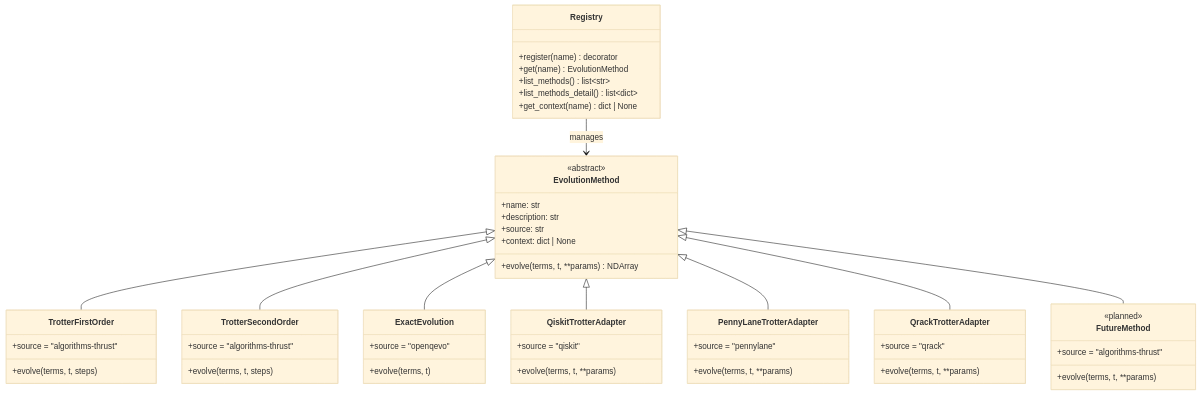
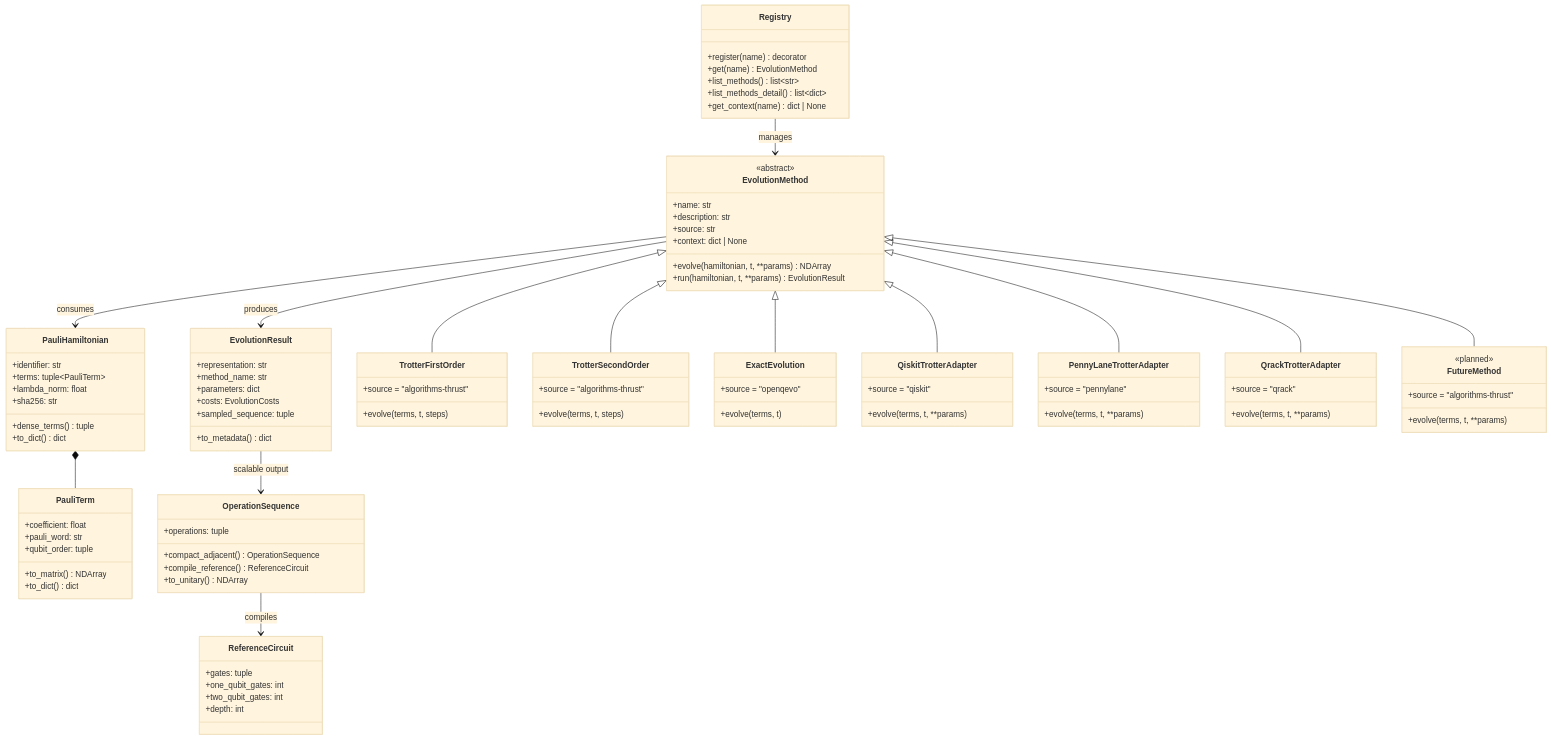
One commit to QSCSoftwareEcosystem/OpenQEvo changed the second of 2 diagrams in docs/architecture.md. Above: the diagram before and after it, drawn with Mermaid (base theme). The commit also changed other lines of this file and 76 other files, not shown here.

````diff
--- a/docs/architecture.md
+++ b/docs/architecture.md
@@ -87,8 +93,49 @@
         +name: str
         +description: str
         +source: str
-        +evolve(terms, t, **params) NDArray
+        +evolve(hamiltonian, t, **params) NDArray
+        +run(hamiltonian, t, **params) EvolutionResult
         +context: dict | None
+    }
+
+    class PauliTerm {
+        +coefficient: float
+        +pauli_word: str
+        +qubit_order: tuple
+        +to_matrix() NDArray
+        +to_dict() dict
+    }
+
+    class PauliHamiltonian {
+        +identifier: str
+        +terms: tuple~PauliTerm~
+        +lambda_norm: float
+        +sha256: str
+        +dense_terms() tuple
+        +to_dict() dict
+    }
+
+    class EvolutionResult {
+        +representation: str
+        +method_name: str
+        +parameters: dict
+        +costs: EvolutionCosts
+        +sampled_sequence: tuple
+        +to_metadata() dict
+    }
+
+    class OperationSequence {
+        +operations: tuple
+        +compact_adjacent() OperationSequence
+        +compile_reference() ReferenceCircuit
+        +to_unitary() NDArray
+    }
+
+    class ReferenceCircuit {
+        +gates: tuple
+        +one_qubit_gates: int
+        +two_qubit_gates: int
+        +depth: int
     }
 
     class Registry {
@@ -142,5 +189,10 @@
     EvolutionMethod <|-- PennyLaneTrotterAdapter
     EvolutionMethod <|-- QrackTrotterAdapter
     EvolutionMethod <|-- FutureMethod
+    PauliHamiltonian *-- PauliTerm
+    EvolutionMethod --> PauliHamiltonian : consumes
+    EvolutionMethod --> EvolutionResult : produces
+    EvolutionResult --> OperationSequence : scalable output
+    OperationSequence --> ReferenceCircuit : compiles
     Registry --> EvolutionMethod : manages
 ```
````
